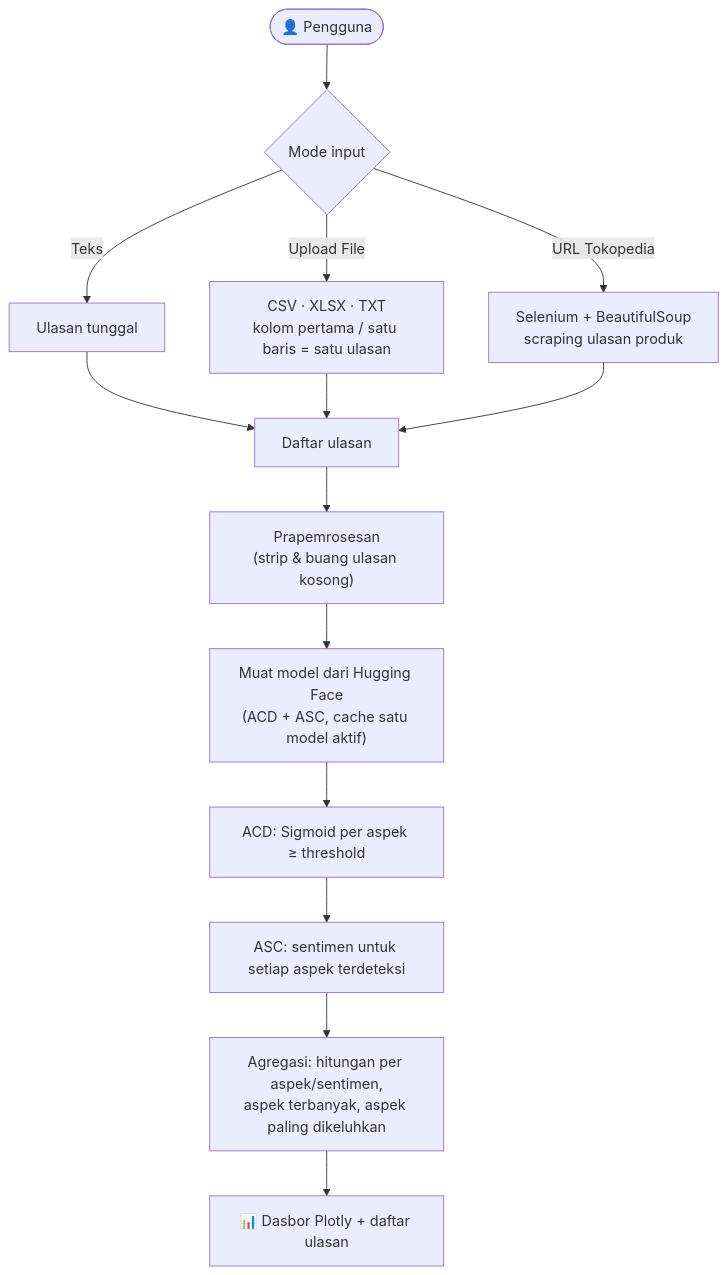
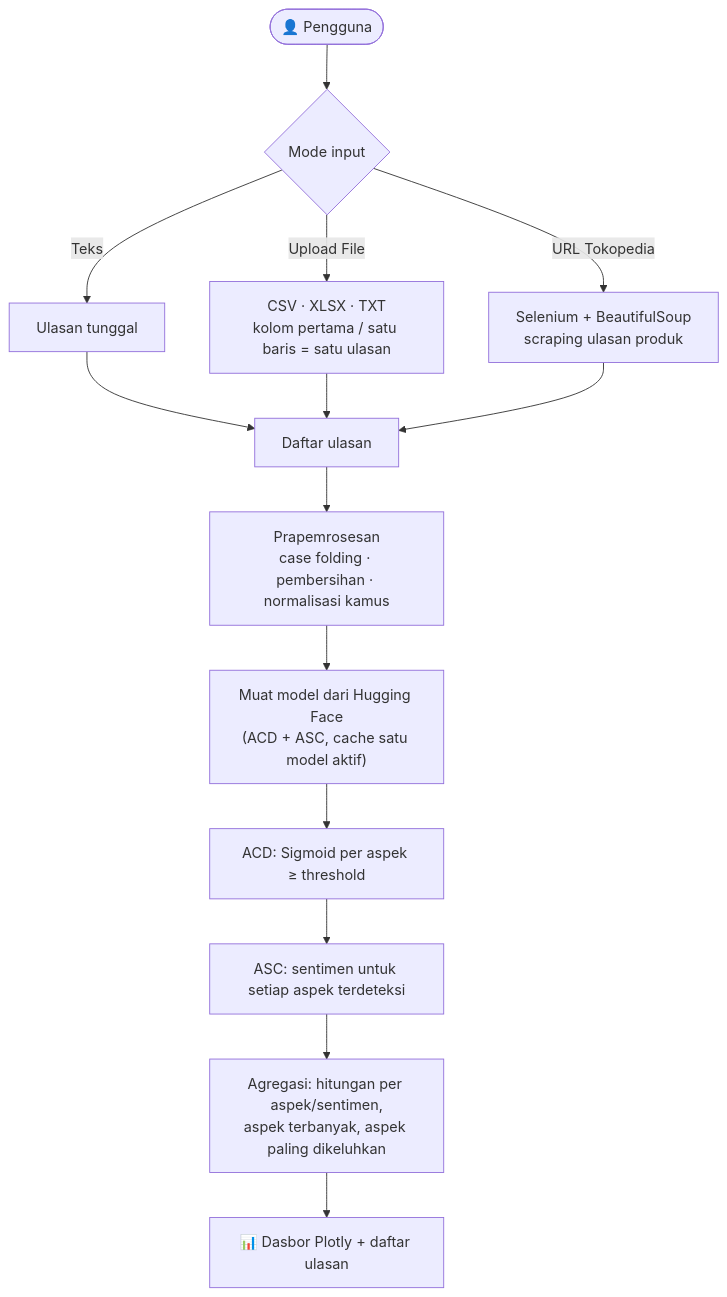
The first of 2 diagrams in README.md (loudersyoakim/absa-streamlit-app), drawn with Mermaid before and after one commit. The commit also changed other lines of this file, not shown here.

````diff
--- a/README.md
+++ b/README.md
@@ -70,16 +71,16 @@
 ```mermaid
 flowchart TD
     U(["👤 Pengguna"]) --> M{"Mode input"}
     M -->|Teks| T["Ulasan tunggal"]
     M -->|Upload File| F["CSV · XLSX · TXT<br/>kolom pertama / satu baris = satu ulasan"]
     M -->|URL Tokopedia| S["Selenium + BeautifulSoup<br/>scraping ulasan produk"]
     T --> R["Daftar ulasan"]
     F --> R
     S --> R
-    R --> P["Prapemrosesan<br/>(strip & buang ulasan kosong)"]
+    R --> P["Prapemrosesan<br/>case folding · pembersihan · normalisasi kamus"]
     P --> L["Muat model dari Hugging Face<br/>(ACD + ASC, cache satu model aktif)"]
     L --> A["ACD: Sigmoid per aspek ≥ threshold"]
     A --> C["ASC: sentimen untuk setiap aspek terdeteksi"]
     C --> G["Agregasi: hitungan per aspek/sentimen,<br/>aspek terbanyak, aspek paling dikeluhkan"]
     G --> D["📊 Dasbor Plotly + daftar ulasan"]
 ```
````
